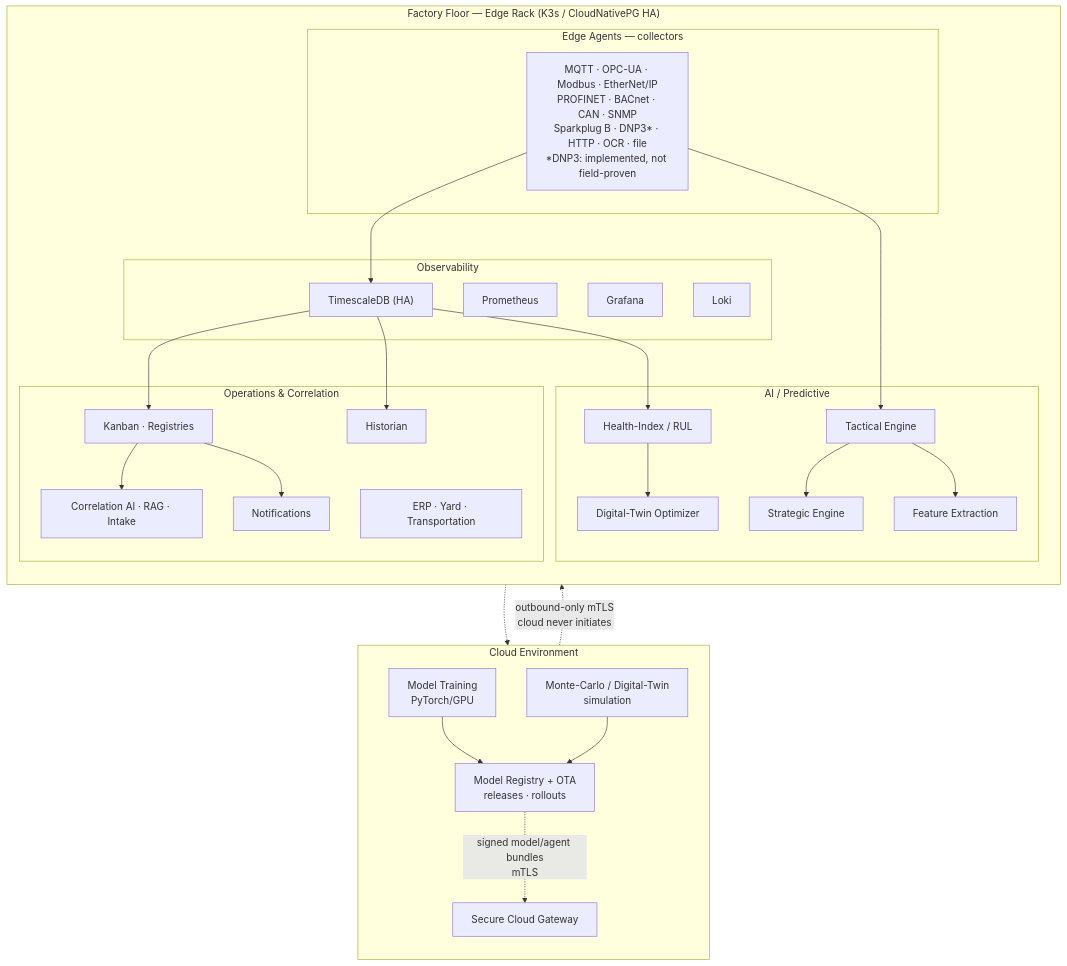
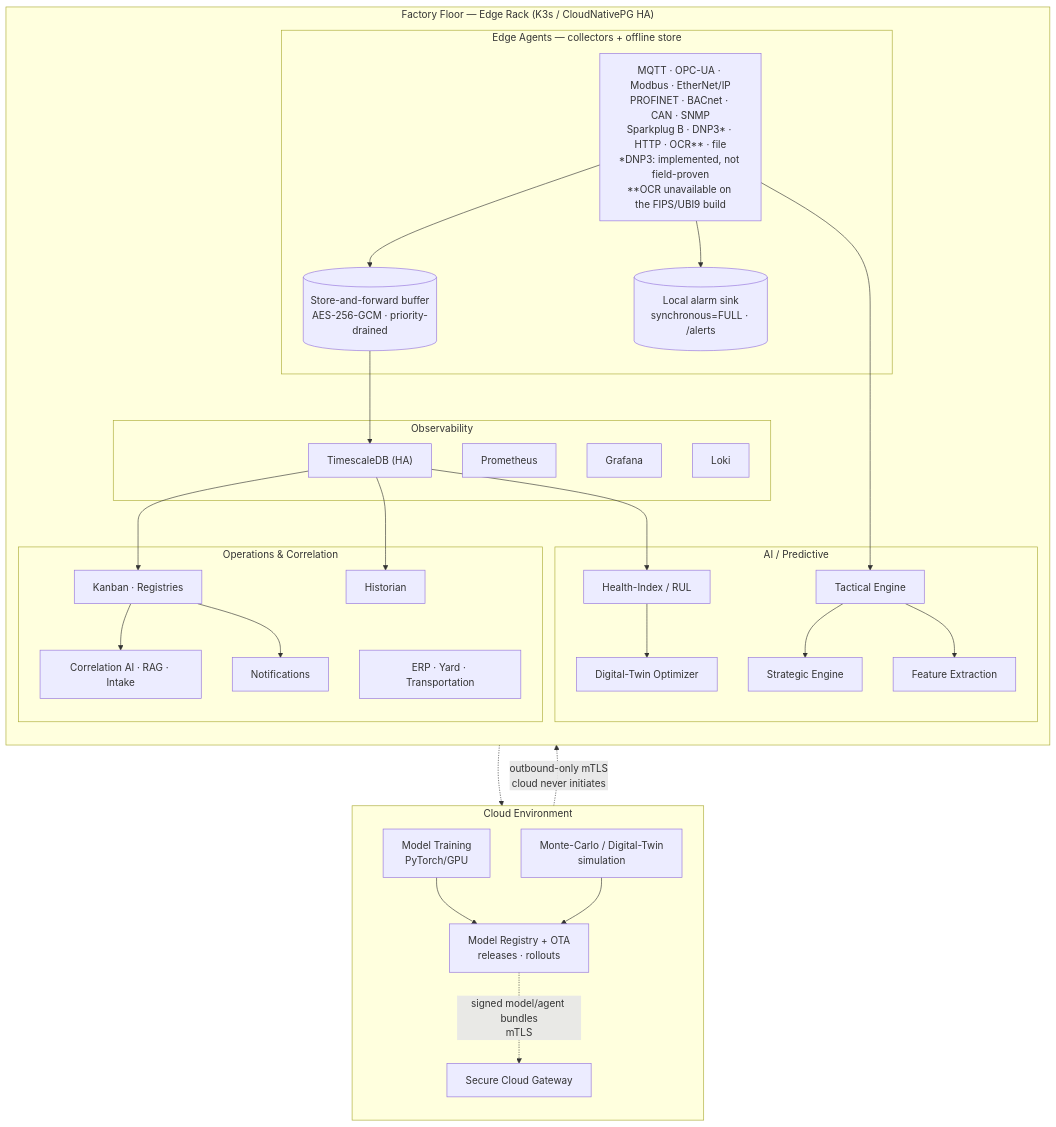
The third of 4 diagrams in README.md (SoundSafe-Dev/OmniusGrid-X), drawn with Mermaid before and after one commit. The commit also changed other lines of this file and 5 other files, not shown here.

````diff
--- a/README.md
+++ b/README.md
@@ -811,52 +842,56 @@
 ```mermaid
 flowchart TB
     subgraph CLOUD["Cloud Environment"]
         direction TB
         MT["Model Training<br/>PyTorch/GPU"]
         MC["Monte-Carlo / Digital-Twin<br/>simulation"]
         MR["Model Registry + OTA<br/>releases · rollouts"]
         CG["Secure Cloud Gateway"]
         MT --> MR
         MC --> MR
     end
 
     MR -. "signed model/agent bundles<br/>mTLS" .-> CG
 
     subgraph EDGE["Factory Floor — Edge Rack (K3s / CloudNativePG HA)"]
         direction TB
         subgraph OBS["Observability"]
             PROM["Prometheus"]
             GRAF["Grafana"]
             LOKI["Loki"]
             TSDB["TimescaleDB (HA)"]
         end
         subgraph AI["AI / Predictive"]
             TACT["Tactical Engine"]
             STRAT["Strategic Engine"]
             RUL["Health-Index / RUL"]
             TWIN["Digital-Twin Optimizer"]
             FEAT["Feature Extraction"]
         end
-        subgraph AGENTS["Edge Agents — collectors"]
-            COL["MQTT · OPC-UA · Modbus · EtherNet/IP<br/>PROFINET · BACnet · CAN · SNMP<br/>Sparkplug B · DNP3* · HTTP · OCR · file<br/>*DNP3: implemented, not field-proven"]
+        subgraph AGENTS["Edge Agents — collectors + offline store"]
+            COL["MQTT · OPC-UA · Modbus · EtherNet/IP<br/>PROFINET · BACnet · CAN · SNMP<br/>Sparkplug B · DNP3* · HTTP · OCR** · file<br/>*DNP3: implemented, not field-proven<br/>**OCR unavailable on the FIPS/UBI9 build"]
+            SFB[("Store-and-forward buffer<br/>AES-256-GCM · priority-drained")]
+            ALS[("Local alarm sink<br/>synchronous=FULL · /alerts")]
         end
         subgraph OPS["Operations & Correlation"]
             KANBAN["Kanban · Registries"]
             NOTIF["Notifications"]
             HIST["Historian"]
             ERP2["ERP · Yard · Transportation"]
             CORR["Correlation AI · RAG · Intake"]
         end
     end
 
     CG -. "outbound-only mTLS<br/>cloud never initiates" .-> EDGE
+    COL --> SFB
+    COL --> ALS
     COL --> TACT
-    COL --> TSDB
+    SFB --> TSDB
     TSDB --> RUL --> TWIN
     TACT --> STRAT
     TACT --> FEAT
     FEAT -.-> CG
     TSDB --> KANBAN --> CORR
     KANBAN --> NOTIF
     TSDB --> HIST
 ```
````
